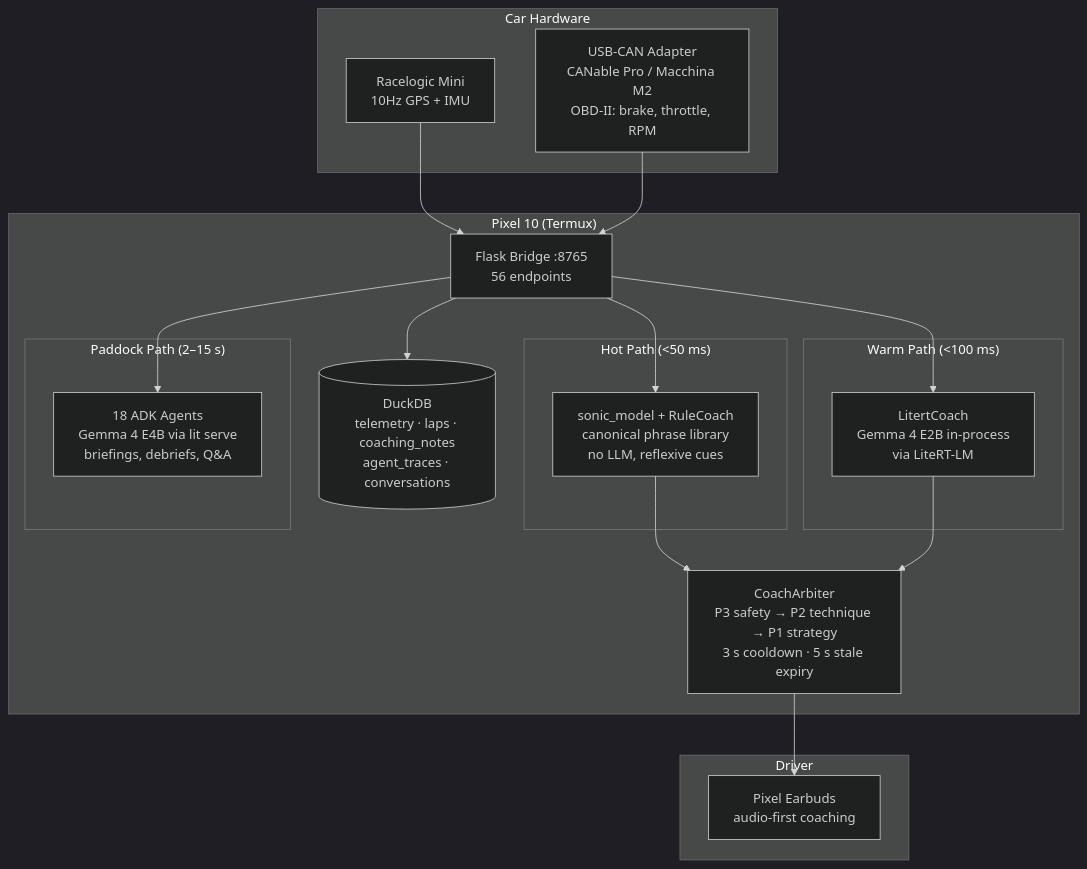
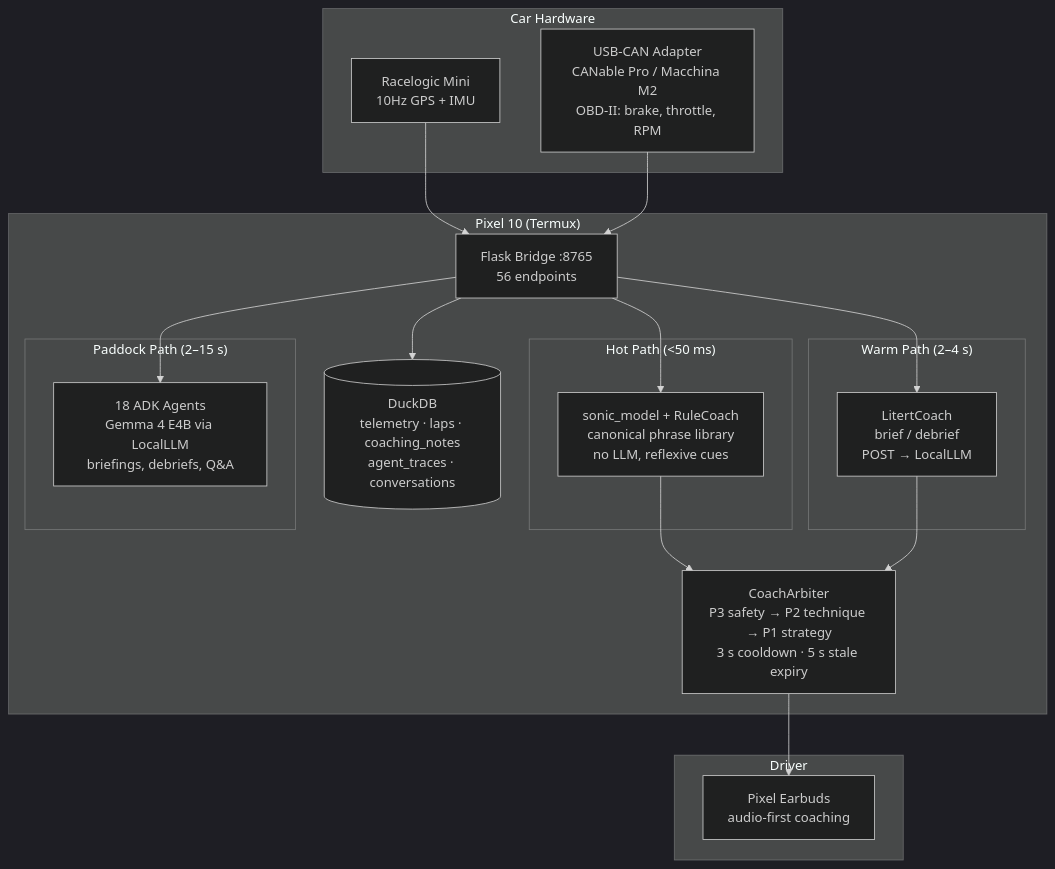
Before and after one commit to mlnomadpy/trustable-ai-superapp: the diagram in docs/index.md, drawn with Mermaid (dark theme). The commit also changed other lines of this file and 27 other files, not shown here.

First line of the commit message:
feat(edge-daemon): require ADK, consolidate to LocalLLM, expand paddock agents

````diff
--- a/docs/index.md
+++ b/docs/index.md
@@ -32,34 +32,34 @@
 ```mermaid
 graph TB
     subgraph Car Hardware
         RL[Racelogic Mini<br/>10Hz GPS + IMU]
         CAN[USB-CAN Adapter<br/>CANable Pro / Macchina M2<br/>OBD-II: brake, throttle, RPM]
     end
 
     subgraph "Pixel 10 (Termux)"
         subgraph "Hot Path (<50 ms)"
             SONIC[sonic_model + RuleCoach<br/>canonical phrase library<br/>no LLM, reflexive cues]
         end
-        subgraph "Warm Path (<100 ms)"
-            LITERT[LitertCoach<br/>Gemma 4 E2B in-process<br/>via LiteRT-LM]
+        subgraph "Warm Path (2–4 s)"
+            LITERT[LitertCoach<br/>brief / debrief<br/>POST → LocalLLM]
         end
         subgraph "Paddock Path (2–15 s)"
-            ADK[18 ADK Agents<br/>Gemma 4 E4B via lit serve<br/>briefings, debriefs, Q&A]
+            ADK[18 ADK Agents<br/>Gemma 4 E4B via LocalLLM<br/>briefings, debriefs, Q&A]
         end
         BRIDGE[Flask Bridge :8765<br/>56 endpoints]
         DUCK[(DuckDB<br/>telemetry · laps · coaching_notes<br/>agent_traces · conversations)]
         ARB[CoachArbiter<br/>P3 safety → P2 technique → P1 strategy<br/>3 s cooldown · 5 s stale expiry]
     end
 
     subgraph Driver
         EARBUDS[Pixel Earbuds<br/>audio-first coaching]
     end
 
     RL --> BRIDGE
     CAN --> BRIDGE
     BRIDGE --> DUCK
     BRIDGE --> SONIC & LITERT & ADK
     SONIC --> ARB
     LITERT --> ARB
     ARB --> EARBUDS
 ```
````
